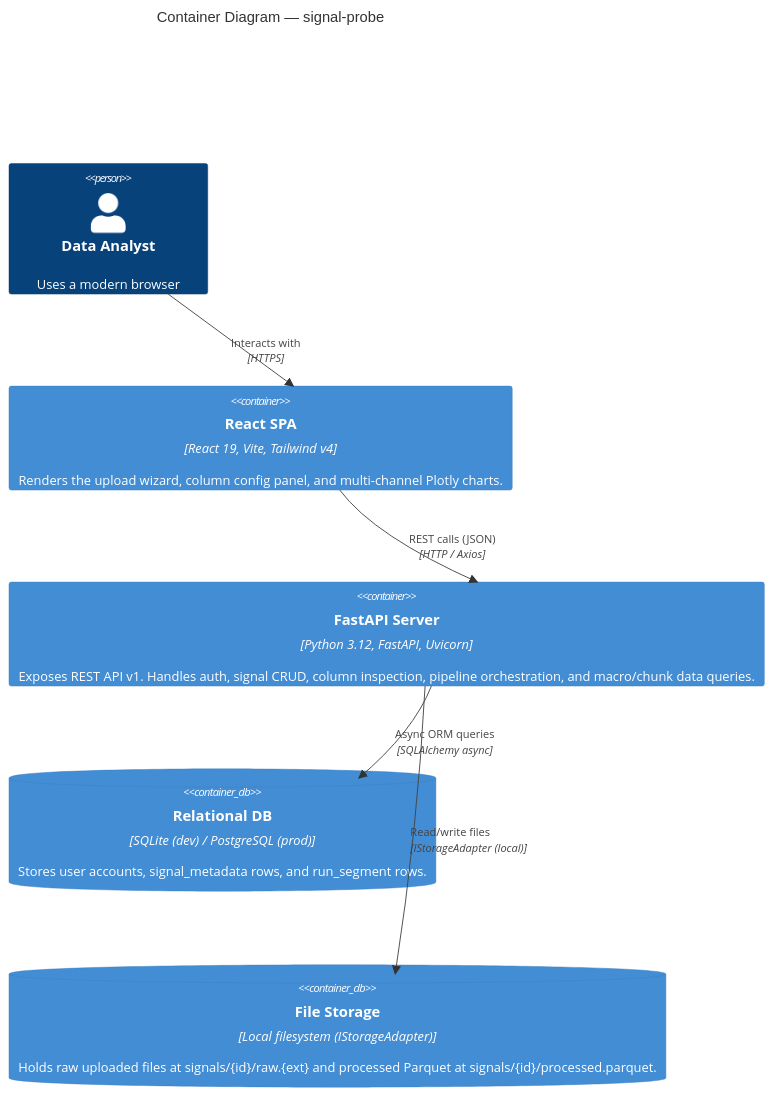
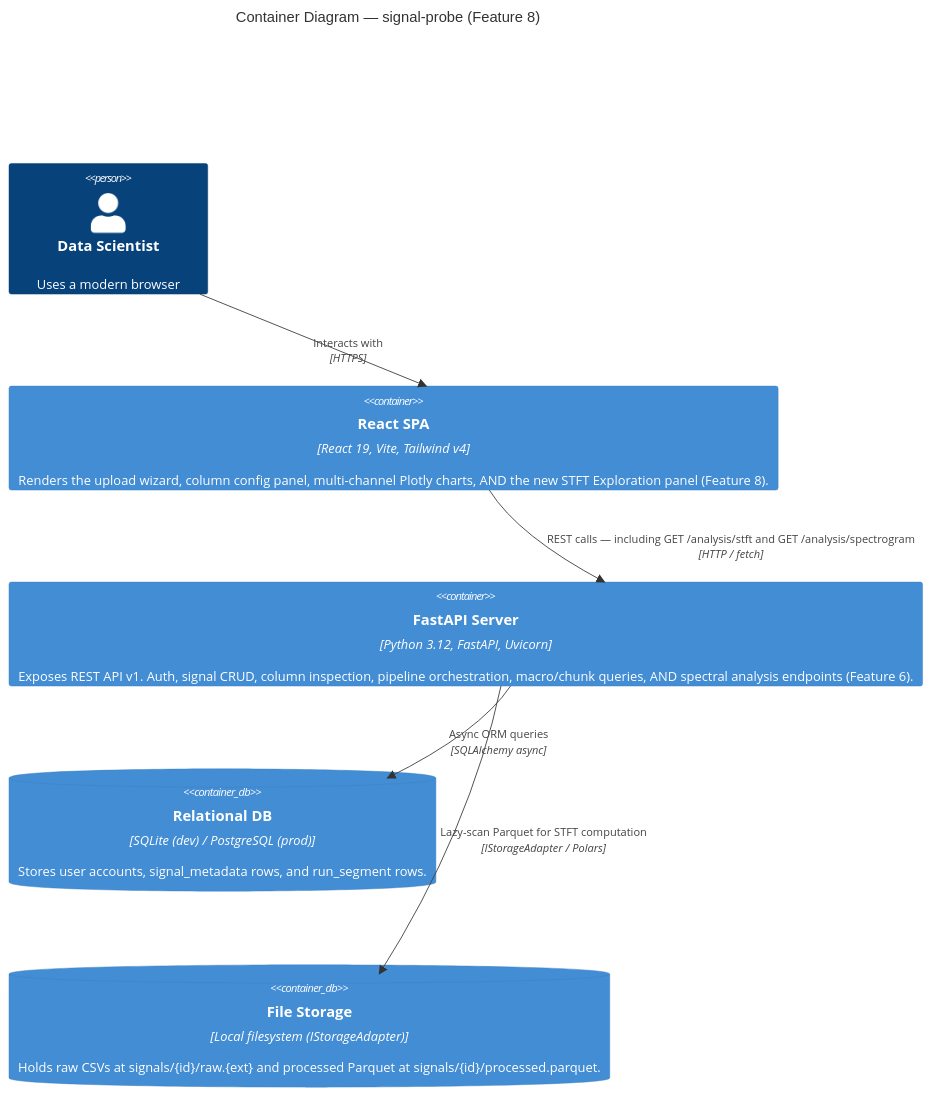
Before and after one commit to PenHsuanWang/signal-probe: the second of 9 diagrams in ARCHITECTURE.md, drawn with Mermaid. The commit also changed other lines of this file and 15 other files, not shown here.

First line of the commit message:
feat(frontend): STFT parameter exploration UI

````diff
--- a/ARCHITECTURE.md
+++ b/ARCHITECTURE.md
@@ -81,19 +84,19 @@
 ```mermaid
 C4Container
-    title Container Diagram — signal-probe
+    title Container Diagram — signal-probe (Feature 8)
 
-    Person(analyst, "Data Analyst", "Uses a modern browser")
+    Person(analyst, "Data Scientist", "Uses a modern browser")
 
-    Container(spa, "React SPA", "React 19, Vite, Tailwind v4", "Renders the upload wizard, column config panel, and multi-channel Plotly charts.")
+    Container(spa, "React SPA", "React 19, Vite, Tailwind v4", "Renders the upload wizard, column config panel, multi-channel Plotly charts, AND the new STFT Exploration panel (Feature 8).")
 
-    Container(api, "FastAPI Server", "Python 3.12, FastAPI, Uvicorn", "Exposes REST API v1. Handles auth, signal CRUD, column inspection, pipeline orchestration, and macro/chunk data queries.")
+    Container(api, "FastAPI Server", "Python 3.12, FastAPI, Uvicorn", "Exposes REST API v1. Auth, signal CRUD, column inspection, pipeline orchestration, macro/chunk queries, AND spectral analysis endpoints (Feature 6).")
 
     ContainerDb(db, "Relational DB", "SQLite (dev) / PostgreSQL (prod)", "Stores user accounts, signal_metadata rows, and run_segment rows.")
 
-    ContainerDb(storage, "File Storage", "Local filesystem (IStorageAdapter)", "Holds raw uploaded files at signals/{id}/raw.{ext} and processed Parquet at signals/{id}/processed.parquet.")
+    ContainerDb(storage, "File Storage", "Local filesystem (IStorageAdapter)", "Holds raw CSVs at signals/{id}/raw.{ext} and processed Parquet at signals/{id}/processed.parquet.")
 
     Rel(analyst, spa, "Interacts with", "HTTPS")
-    Rel(spa, api, "REST calls (JSON)", "HTTP / Axios")
+    Rel(spa, api, "REST calls — including GET /analysis/stft and GET /analysis/spectrogram", "HTTP / fetch")
     Rel(api, db, "Async ORM queries", "SQLAlchemy async")
-    Rel(api, storage, "Read/write files", "IStorageAdapter (local)")
+    Rel(api, storage, "Lazy-scan Parquet for STFT computation", "IStorageAdapter / Polars")
 ```
````
